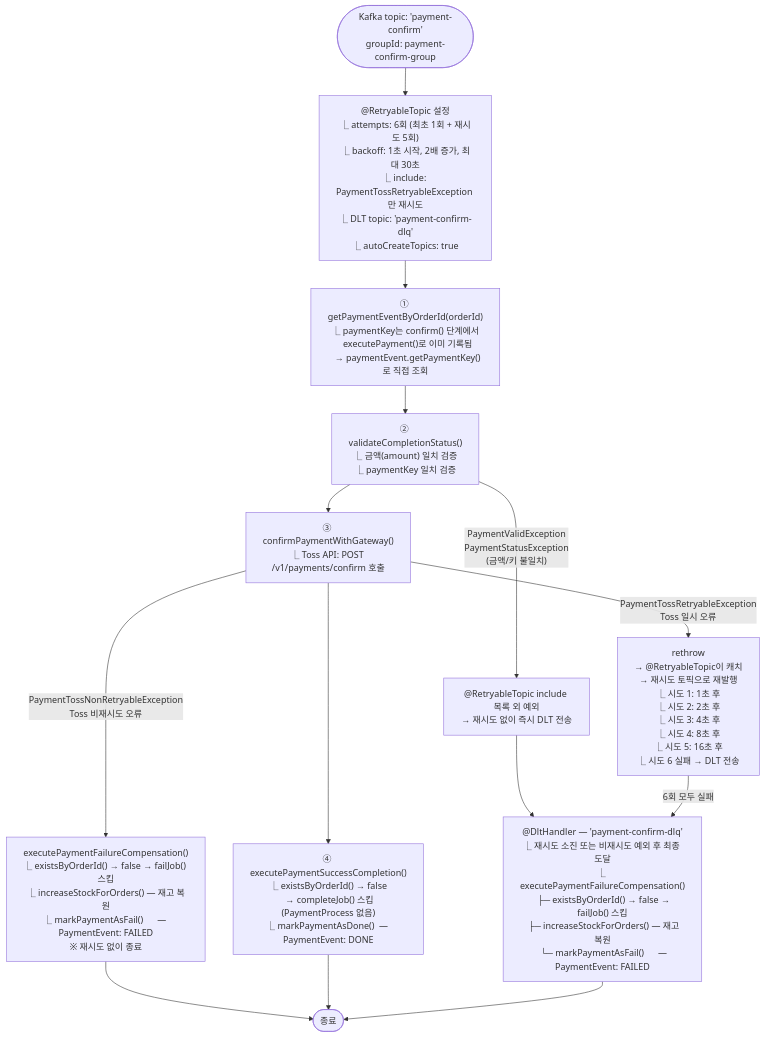
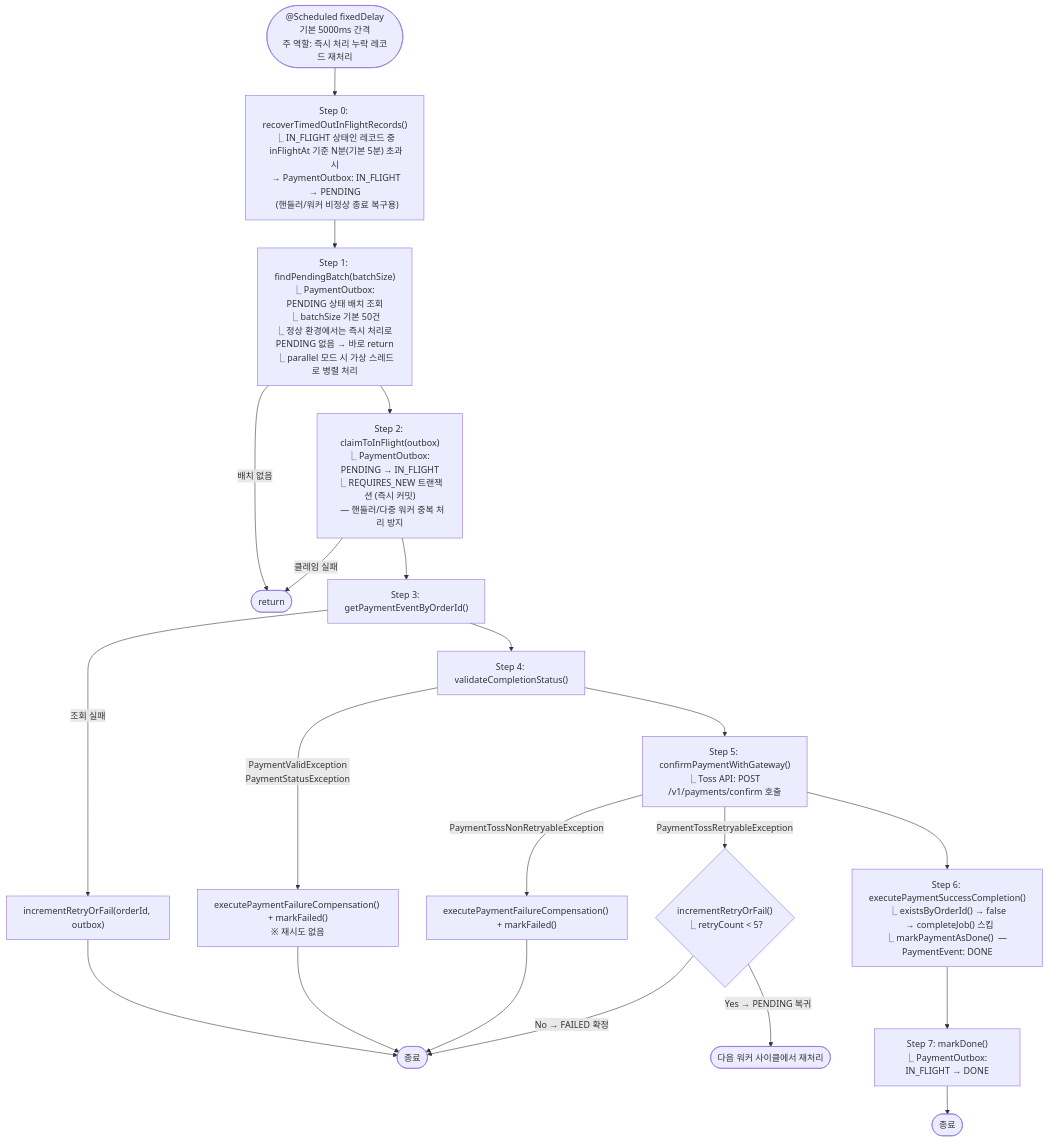
Before and after one commit to hyoguoo/payment-platform: the fourth of 8 diagrams in docs/context/CONFIRM-FLOW-FLOWCHART.md, drawn with Mermaid. The commit also changed other lines of this file and 2 other files, not shown here.

First line of the commit message:
docs: context 문서를 Outbox 즉시 처리 전략에 맞게 갱신

````diff
--- a/docs/context/CONFIRM-FLOW-FLOWCHART.md
+++ b/docs/context/CONFIRM-FLOW-FLOWCHART.md
@@ -197,33 +170,44 @@
 ```mermaid
 flowchart TD
-    K(["Kafka topic: 'payment-confirm'\ngroupId: payment-confirm-group"]) --> RT
+    S(["@Scheduled fixedDelay\n기본 5000ms 간격\n주 역할: 즉시 처리 누락 레코드 재처리"]) --> R
 
-    RT["@RetryableTopic 설정\n⎿ attempts: 6회 (최초 1회 + 재시도 5회)\n⎿ backoff: 1초 시작, 2배 증가, 최대 30초\n⎿ include: PaymentTossRetryableException 만 재시도\n⎿ DLT topic: 'payment-confirm-dlq'\n⎿ autoCreateTopics: true"]
-    RT --> G
+    R["Step 0: recoverTimedOutInFlightRecords()\n⎿ IN_FLIGHT 상태인 레코드 중\n  inFlightAt 기준 N분(기본 5분) 초과 시\n  → PaymentOutbox: IN_FLIGHT → PENDING\n  (핸들러/워커 비정상 종료 복구용)"]
+    R --> P
 
-    G["① getPaymentEventByOrderId(orderId)\n⎿ paymentKey는 confirm() 단계에서\n  executePayment()로 이미 기록됨\n  → paymentEvent.getPaymentKey()로 직접 조회"]
+    P["Step 1: findPendingBatch(batchSize)\n⎿ PaymentOutbox: PENDING 상태 배치 조회\n⎿ batchSize 기본 50건\n⎿ 정상 환경에서는 즉시 처리로 PENDING 없음 → 바로 return\n⎿ parallel 모드 시 가상 스레드로 병렬 처리"]
+    P -->|배치 없음| SKIP([return])
+    P --> C
+
+    C["Step 2: claimToInFlight(outbox)\n⎿ PaymentOutbox: PENDING → IN_FLIGHT\n⎿ REQUIRES_NEW 트랜잭션 (즉시 커밋)\n  — 핸들러/다중 워커 중복 처리 방지"]
+    C -->|"클레임 실패"| SKIP
+    C --> G
+
+    G["Step 3: getPaymentEventByOrderId()"]
+    G -->|조회 실패| G_FAIL
+    G_FAIL["incrementRetryOrFail(orderId, outbox)"]
+    G_FAIL --> Z_END([종료])
     G --> V
 
-    V["② validateCompletionStatus()\n⎿ 금액(amount) 일치 검증\n⎿ paymentKey 일치 검증"]
-    V -->|"PaymentValidException\nPaymentStatusException\n(금액/키 불일치)"| V_FAIL
-    V_FAIL["@RetryableTopic include 목록 외 예외\n→ 재시도 없이 즉시 DLT 전송"]
-    V_FAIL --> DLT
+    V["Step 4: validateCompletionStatus()"]
+    V -->|"PaymentValidException\nPaymentStatusException"| V_FAIL
+    V_FAIL["executePaymentFailureCompensation() + markFailed()\n※ 재시도 없음"]
+    V_FAIL --> Z_END
 
     V --> F
 
-    F["③ confirmPaymentWithGateway()\n⎿ Toss API: POST /v1/payments/confirm 호출"]
-    F -->|PaymentTossNonRetryableException\nToss 비재시도 오류| F_NR
-    F_NR["executePaymentFailureCompensation()\n⎿ existsByOrderId() → false → failJob() 스킵\n⎿ increaseStockForOrders() — 재고 복원\n⎿ markPaymentAsFail()      — PaymentEvent: FAILED\n※ 재시도 없이 종료"]
-    F_NR --> Z_OK([종료])
+    F["Step 5: confirmPaymentWithGateway()\n⎿ Toss API: POST /v1/payments/confirm 호출"]
+    F -->|PaymentTossNonRetryableException| F_NR
+    F_NR["executePaymentFailureCompensation() + markFailed()"]
+    F_NR --> Z_END
 
-    F -->|PaymentTossRetryableException\nToss 일시 오류| F_R
-    F_R["rethrow\n→ @RetryableTopic이 캐치\n→ 재시도 토픽으로 재발행\n⎿ 시도 1: 1초 후\n⎿ 시도 2: 2초 후\n⎿ 시도 3: 4초 후\n⎿ 시도 4: 8초 후\n⎿ 시도 5: 16초 후\n⎿ 시도 6 실패 → DLT 전송"]
-    F_R -->|6회 모두 실패| DLT
+    F -->|PaymentTossRetryableException| F_R
+    F_R{"incrementRetryOrFail()\n⎿ retryCount < 5?"}
+    F_R -->|"Yes → PENDING 복귀"| RETRY(["다음 워커 사이클에서 재처리"])
+    F_R -->|"No → FAILED 확정"| Z_END
 
     F --> E
-    E["④ executePaymentSuccessCompletion()\n⎿ existsByOrderId() → false\n  → completeJob() 스킵 (PaymentProcess 없음)\n⎿ markPaymentAsDone()  — PaymentEvent: DONE"]
-    E --> Z_OK
-
-    DLT["@DltHandler — 'payment-confirm-dlq'\n⎿ 재시도 소진 또는 비재시도 예외 후 최종 도달\n⎿ executePaymentFailureCompensation()\n  ├─ existsByOrderId() → false → failJob() 스킵\n  ├─ increaseStockForOrders() — 재고 복원\n  └─ markPaymentAsFail()      — PaymentEvent: FAILED"]
-    DLT --> Z_OK
+    E["Step 6: executePaymentSuccessCompletion()\n⎿ existsByOrderId() → false\n  → completeJob() 스킵\n⎿ markPaymentAsDone()  — PaymentEvent: DONE"]
+    E --> D2
+    D2["Step 7: markDone()\n⎿ PaymentOutbox: IN_FLIGHT → DONE"]
+    D2 --> Z_OK([종료])
 ```
````
